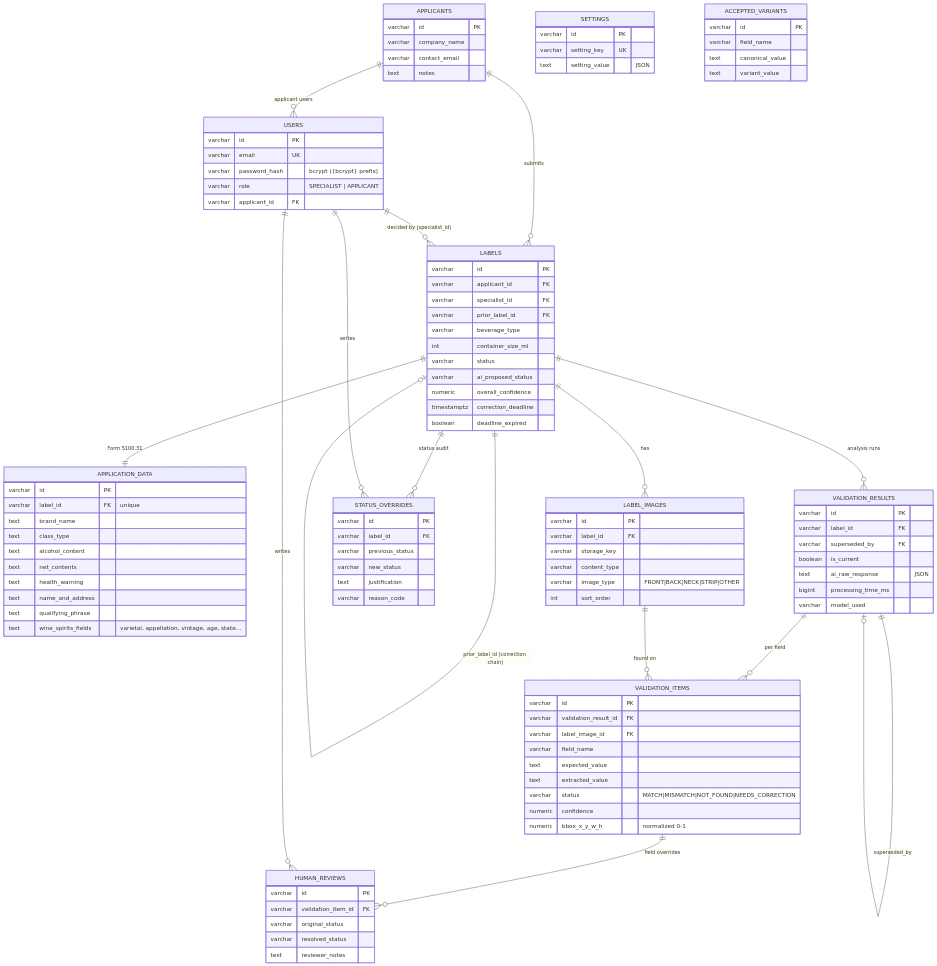
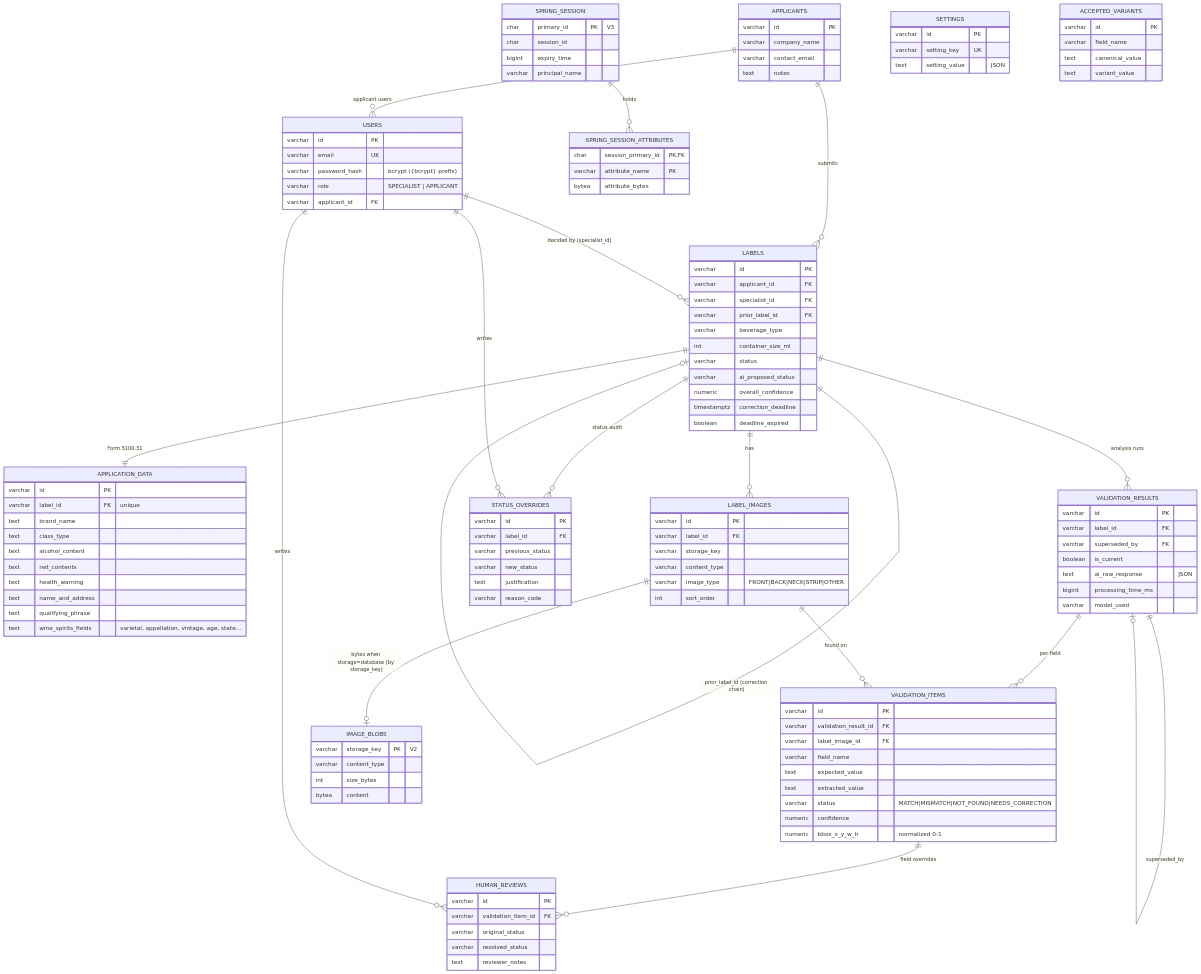
The eighth of 9 diagrams in docs/architecture.md (SarvariVin/ttb-label-verification), drawn with Mermaid before and after one commit. The commit also changed other lines of this file and 251 other files, not shown here.

````diff
--- a/docs/architecture.md
+++ b/docs/architecture.md
@@ -320,6 +379,8 @@
     USERS ||--o{ HUMAN_REVIEWS : writes
     LABELS ||--o{ STATUS_OVERRIDES : "status audit"
     USERS ||--o{ STATUS_OVERRIDES : writes
+    LABEL_IMAGES ||--o| IMAGE_BLOBS : "bytes when storage=database (by storage_key)"
+    SPRING_SESSION ||--o{ SPRING_SESSION_ATTRIBUTES : holds
 
     USERS {
         varchar id PK
@@ -413,4 +474,21 @@
         text canonical_value
         text variant_value
     }
+    IMAGE_BLOBS {
+        varchar storage_key PK "V2"
+        varchar content_type
+        int size_bytes
+        bytea content
+    }
+    SPRING_SESSION {
+        char primary_id PK "V3"
+        char session_id
+        bigint expiry_time
+        varchar principal_name
+    }
+    SPRING_SESSION_ATTRIBUTES {
+        char session_primary_id PK,FK
+        varchar attribute_name PK
+        bytea attribute_bytes
+    }
 ```
````
